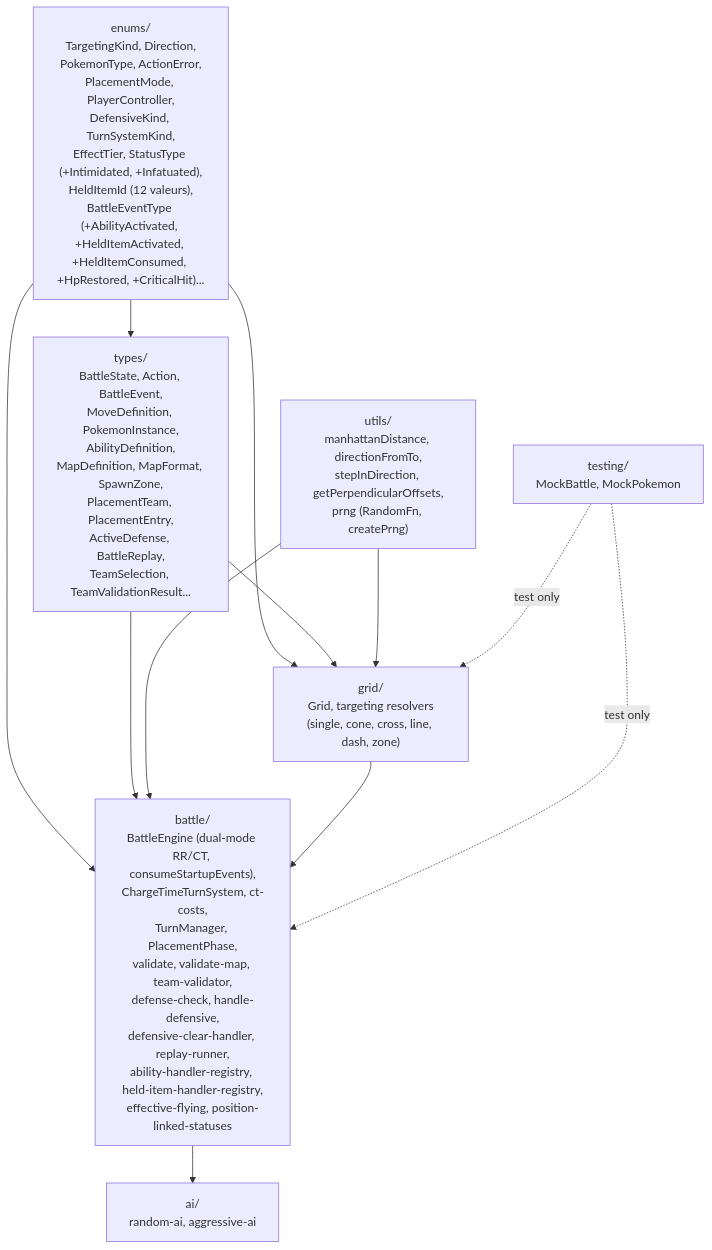
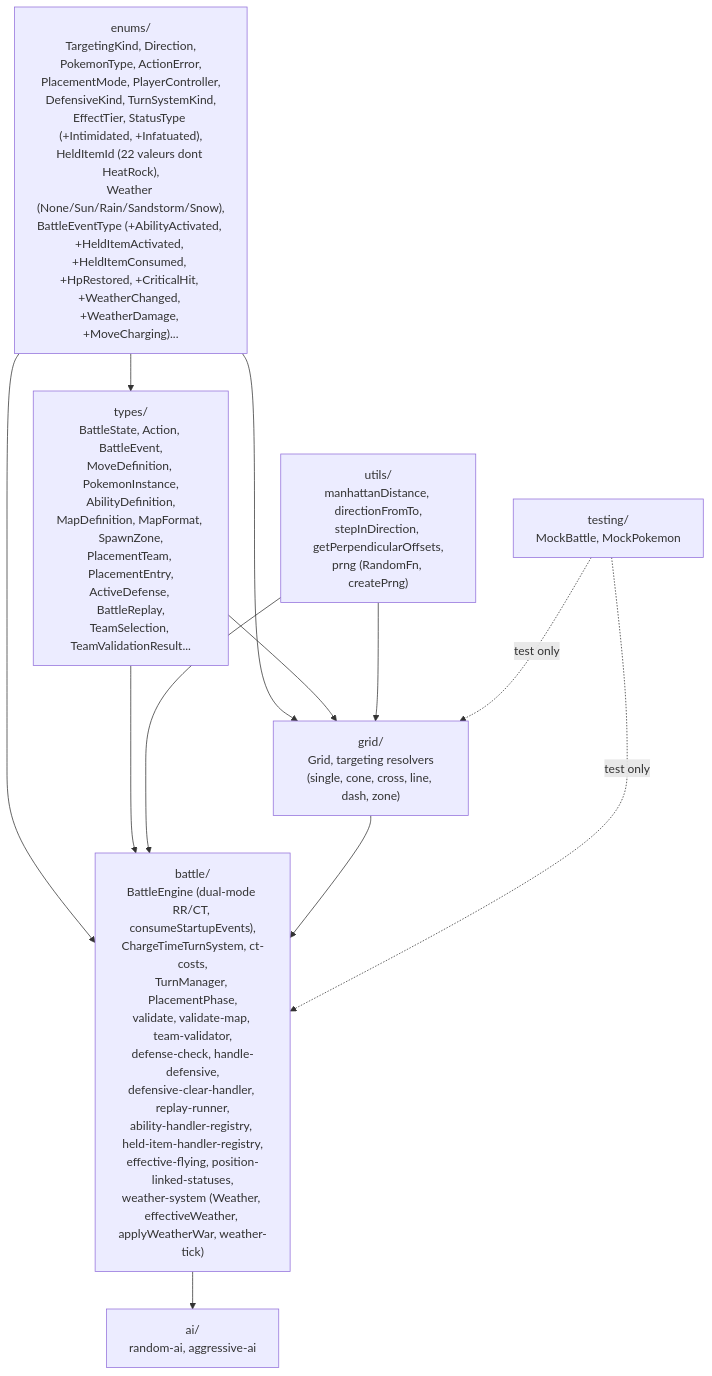
The second of 4 diagrams in docs/architecture.md (kekel87/pokemon-tactics), drawn with Mermaid before and after one commit. The commit also changed other lines of this file and 63 other files, not shown here.

Commit message:
feat(core,data,renderer): weather system — 6 moves, 4 abilities, HUD + i18n (plans 084-084b)

````diff
--- a/docs/architecture.md
+++ b/docs/architecture.md
@@ -197,22 +197,22 @@
 ```mermaid
 graph TD
-    enums["enums/<br/>TargetingKind, Direction,<br/>PokemonType, ActionError,<br/>PlacementMode, PlayerController,<br/>DefensiveKind, TurnSystemKind,<br/>EffectTier, StatusType (+Intimidated, +Infatuated),<br/>HeldItemId (12 valeurs),<br/>BattleEventType (+AbilityActivated, +HeldItemActivated, +HeldItemConsumed, +HpRestored, +CriticalHit)..."]
+    enums["enums/<br/>TargetingKind, Direction,<br/>PokemonType, ActionError,<br/>PlacementMode, PlayerController,<br/>DefensiveKind, TurnSystemKind,<br/>EffectTier, StatusType (+Intimidated, +Infatuated),<br/>HeldItemId (22 valeurs dont HeatRock),<br/>Weather (None/Sun/Rain/Sandstorm/Snow),<br/>BattleEventType (+AbilityActivated, +HeldItemActivated, +HeldItemConsumed, +HpRestored, +CriticalHit, +WeatherChanged, +WeatherDamage, +MoveCharging)..."]
     types["types/<br/>BattleState, Action, BattleEvent,<br/>MoveDefinition, PokemonInstance,<br/>AbilityDefinition,<br/>MapDefinition, MapFormat, SpawnZone,<br/>PlacementTeam, PlacementEntry,<br/>ActiveDefense, BattleReplay,<br/>TeamSelection, TeamValidationResult..."]
     utils["utils/<br/>manhattanDistance, directionFromTo,<br/>stepInDirection, getPerpendicularOffsets,<br/>prng (RandomFn, createPrng)"]
     grid["grid/<br/>Grid, targeting resolvers<br/>(single, cone, cross, line, dash, zone)"]
-    battle["battle/<br/>BattleEngine (dual-mode RR/CT, consumeStartupEvents),<br/>ChargeTimeTurnSystem, ct-costs,<br/>TurnManager, PlacementPhase,<br/>validate, validate-map, team-validator,<br/>defense-check, handle-defensive,<br/>defensive-clear-handler, replay-runner,<br/>ability-handler-registry, held-item-handler-registry,<br/>effective-flying, position-linked-statuses"]
+    battle["battle/<br/>BattleEngine (dual-mode RR/CT, consumeStartupEvents),<br/>ChargeTimeTurnSystem, ct-costs,<br/>TurnManager, PlacementPhase,<br/>validate, validate-map, team-validator,<br/>defense-check, handle-defensive,<br/>defensive-clear-handler, replay-runner,<br/>ability-handler-registry, held-item-handler-registry,<br/>effective-flying, position-linked-statuses,<br/>weather-system (Weather, effectiveWeather, applyWeatherWar, weather-tick)"]
     ai["ai/<br/>random-ai, aggressive-ai"]
     testing["testing/<br/>MockBattle, MockPokemon"]
 
     enums --> types
     enums --> grid
     enums --> battle
     types --> grid
     types --> battle
     utils --> grid
     utils --> battle
     grid --> battle
     battle --> ai
     testing -.->|test only| battle
     testing -.->|test only| grid
 ```
````
